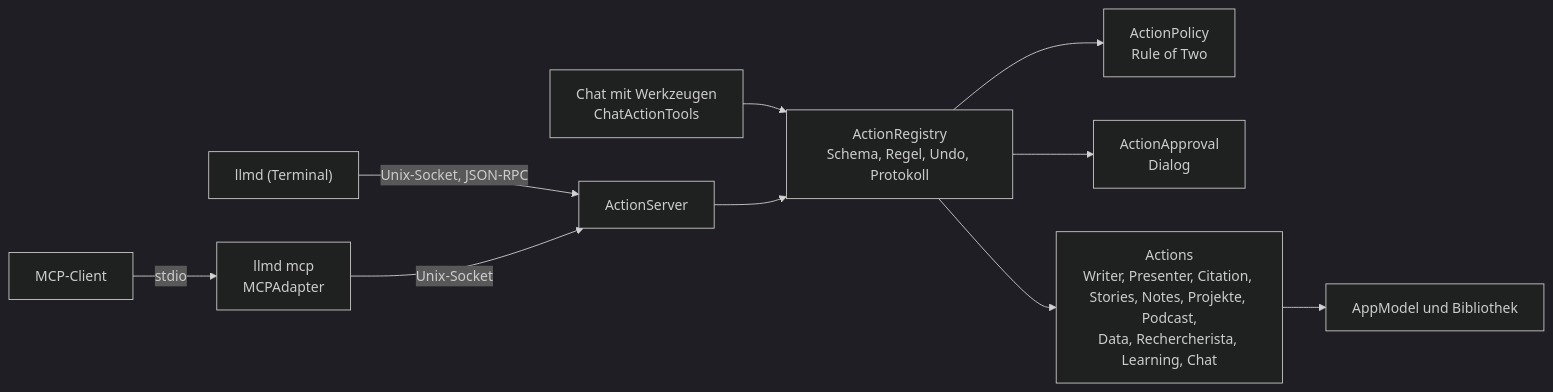
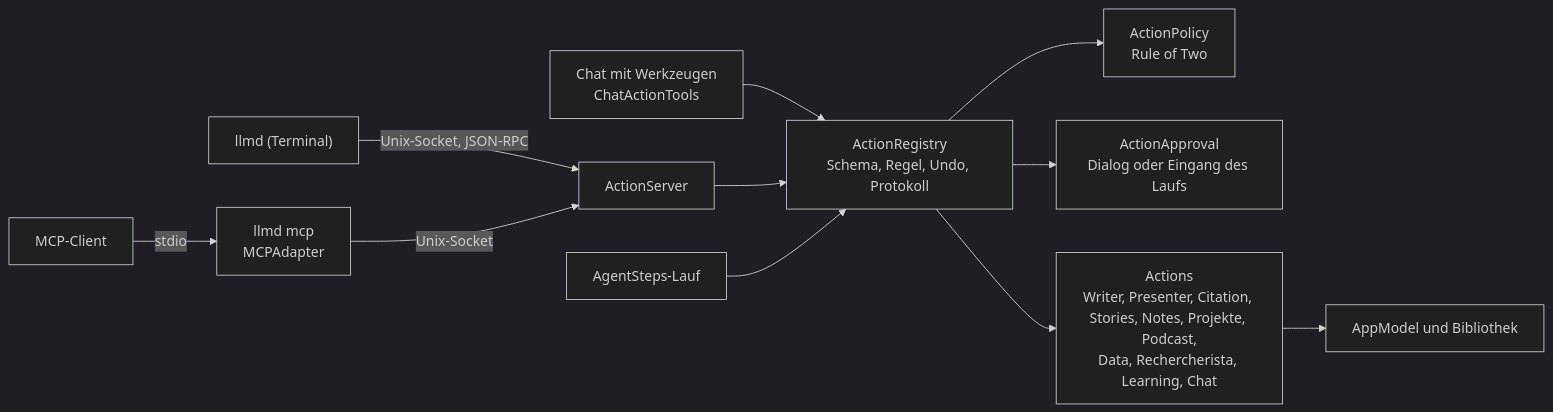
One commit to AlexEhrenberger/LLMDesigner changed the first of 2 diagrams in docs/actions.md. Above: the diagram before and after it, drawn with Mermaid (dark theme). The commit also changed other lines of this file and 41 other files, not shown here.

First line of the commit message:
AgentSteps: Agenten mit Dashboard, Zeitplänen und Branch je Lauf

````diff
--- a/docs/actions.md
+++ b/docs/actions.md
@@ -12,11 +12,12 @@
 ```mermaid
 flowchart LR
     CLI["llmd (Terminal)"] -->|"Unix-Socket, JSON-RPC"| SRV["ActionServer"]
     MCP["MCP-Client"] -->|stdio| AD["llmd mcp<br/>MCPAdapter"] -->|"Unix-Socket"| SRV
     CHAT["Chat mit Werkzeugen<br/>ChatActionTools"] --> REG
     SRV --> REG["ActionRegistry<br/>Schema, Regel, Undo, Protokoll"]
     REG --> POL["ActionPolicy<br/>Rule of Two"]
-    REG --> APP["ActionApproval<br/>Dialog"]
+    REG --> APP["ActionApproval<br/>Dialog oder Eingang des Laufs"]
+    AG["AgentSteps-Lauf"] --> REG
     REG --> ACT["Actions<br/>Writer, Presenter, Citation, Stories, Notes, Projekte, Podcast,<br/>Data, Rechercherista, Learning, Chat"]
     ACT --> AM["AppModel und Bibliothek"]
 ```
````
